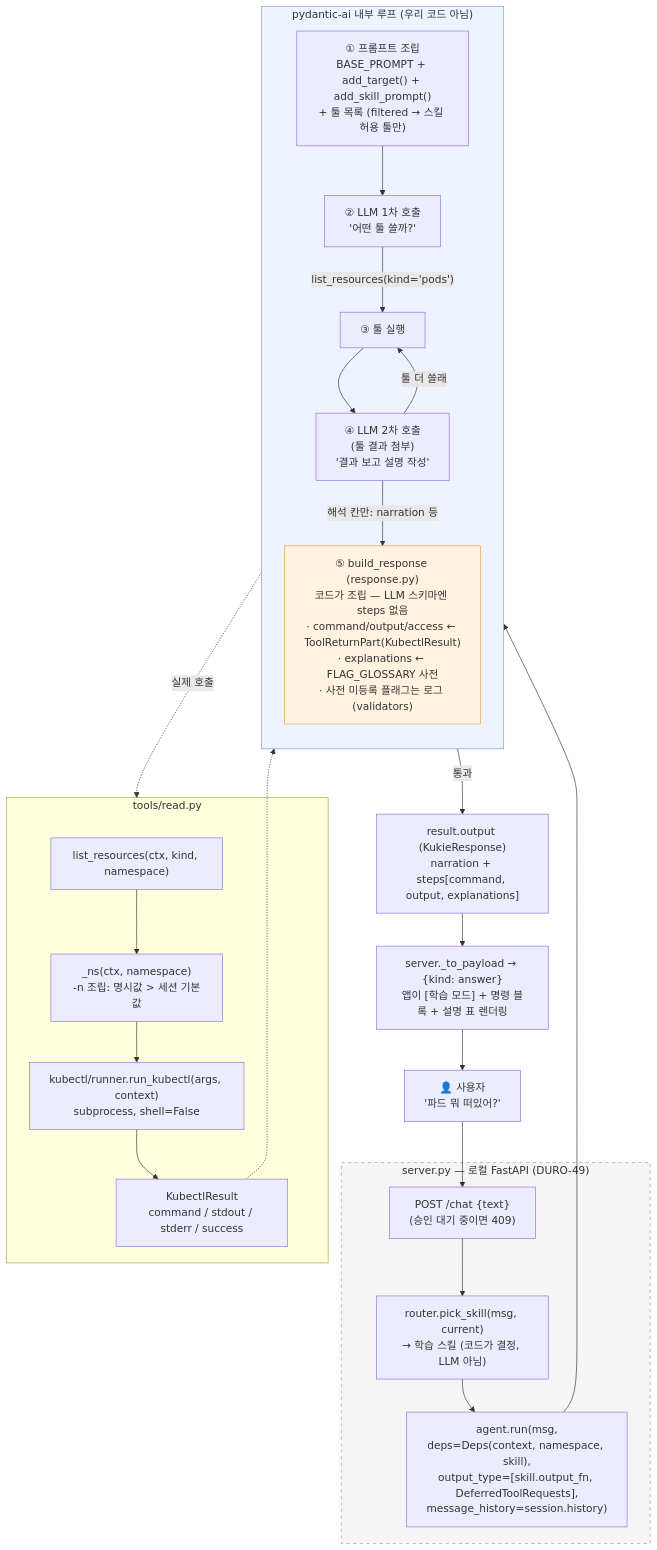
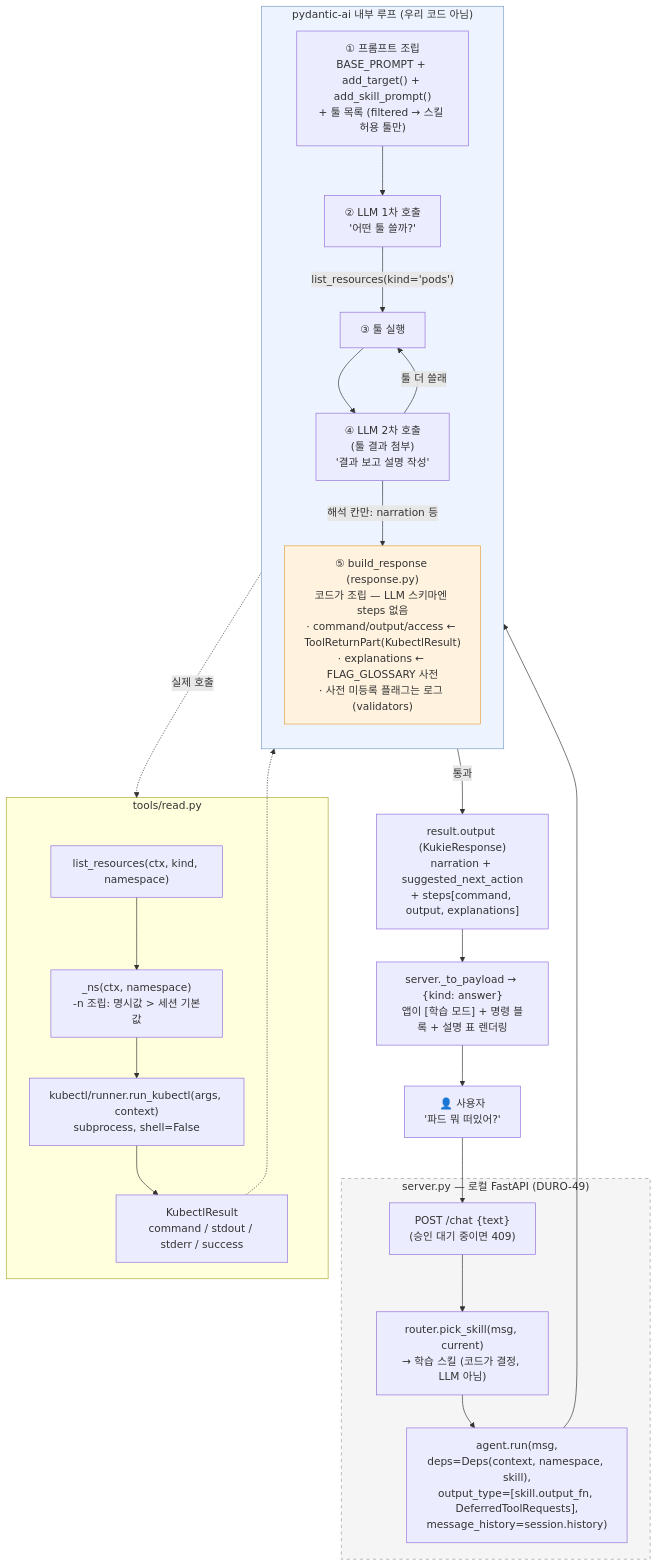
Before and after one commit to durokukie/agent: the first of 3 diagrams in docs/agent-flow.md, drawn with Mermaid. The commit also changed other lines of this file and 8 other files, not shown here.

Commit message:
feat: clarify mode-aware next action suggestions

````diff
--- a/docs/agent-flow.md
+++ b/docs/agent-flow.md
@@ -8,40 +8,40 @@
 ```mermaid
 flowchart TD
     U["👤 사용자<br/>'파드 뭐 떠있어?'"] --> CLI
 
     subgraph CLI_["server.py — 로컬 FastAPI (DURO-49)"]
         CLI["POST /chat {text}<br/>(승인 대기 중이면 409)"]
         CLI --> R["router.pick_skill(msg, current)<br/>→ 학습 스킬 (코드가 결정, LLM 아님)"]
         R --> RUN["agent.run(msg,<br/>deps=Deps(context, namespace, skill),<br/>output_type=[skill.output_fn, DeferredToolRequests],<br/>message_history=session.history)"]
     end
 
     RUN --> PA
 
     subgraph PA["pydantic-ai 내부 루프 (우리 코드 아님)"]
         direction TB
         P1["① 프롬프트 조립<br/>BASE_PROMPT + add_target() + add_skill_prompt()<br/>+ 툴 목록 (filtered → 스킬 허용 툴만)"]
         P1 --> L1["② LLM 1차 호출<br/>'어떤 툴 쓸까?'"]
         L1 -->|"list_resources(kind='pods')"| T
         T["③ 툴 실행"] --> L2["④ LLM 2차 호출<br/>(툴 결과 첨부)<br/>'결과 보고 설명 작성'"]
         L2 -->|"툴 더 쓸래"| T
         L2 -->|"해석 칸만: narration 등"| V["⑤ build_response (response.py)<br/>코드가 조립 — LLM 스키마엔 steps 없음<br/>· command/output/access ← ToolReturnPart(KubectlResult)<br/>· explanations ← FLAG_GLOSSARY 사전<br/>· 사전 미등록 플래그는 로그 (validators)"]
     end
 
     T -.->|"실제 호출"| RT
 
     subgraph RT["tools/read.py"]
         RT1["list_resources(ctx, kind, namespace)"]
         RT1 --> NS["_ns(ctx, namespace)<br/>-n 조립: 명시값 > 세션 기본값"]
         NS --> RK["kubectl/runner.run_kubectl(args, context)<br/>subprocess, shell=False"]
         RK --> KR["KubectlResult<br/>command / stdout / stderr / success"]
     end
 
     KR -.-> T
-    V -->|"통과"| OUT["result.output (KukieResponse)<br/>narration + steps[command, output, explanations]"]
+    V -->|"통과"| OUT["result.output (KukieResponse)<br/>narration + suggested_next_action<br/>+ steps[command, output, explanations]"]
     OUT --> CLI2["server._to_payload → {kind: answer}<br/>앱이 [학습 모드] + 명령 블록 + 설명 표 렌더링"]
     CLI2 --> U
 
     style CLI_ fill:#f5f5f5,stroke:#999,stroke-dasharray: 5 5
     style PA fill:#eef4ff,stroke:#7a9cc6
     style V fill:#fff3e0,stroke:#e0a040
 ```
````
